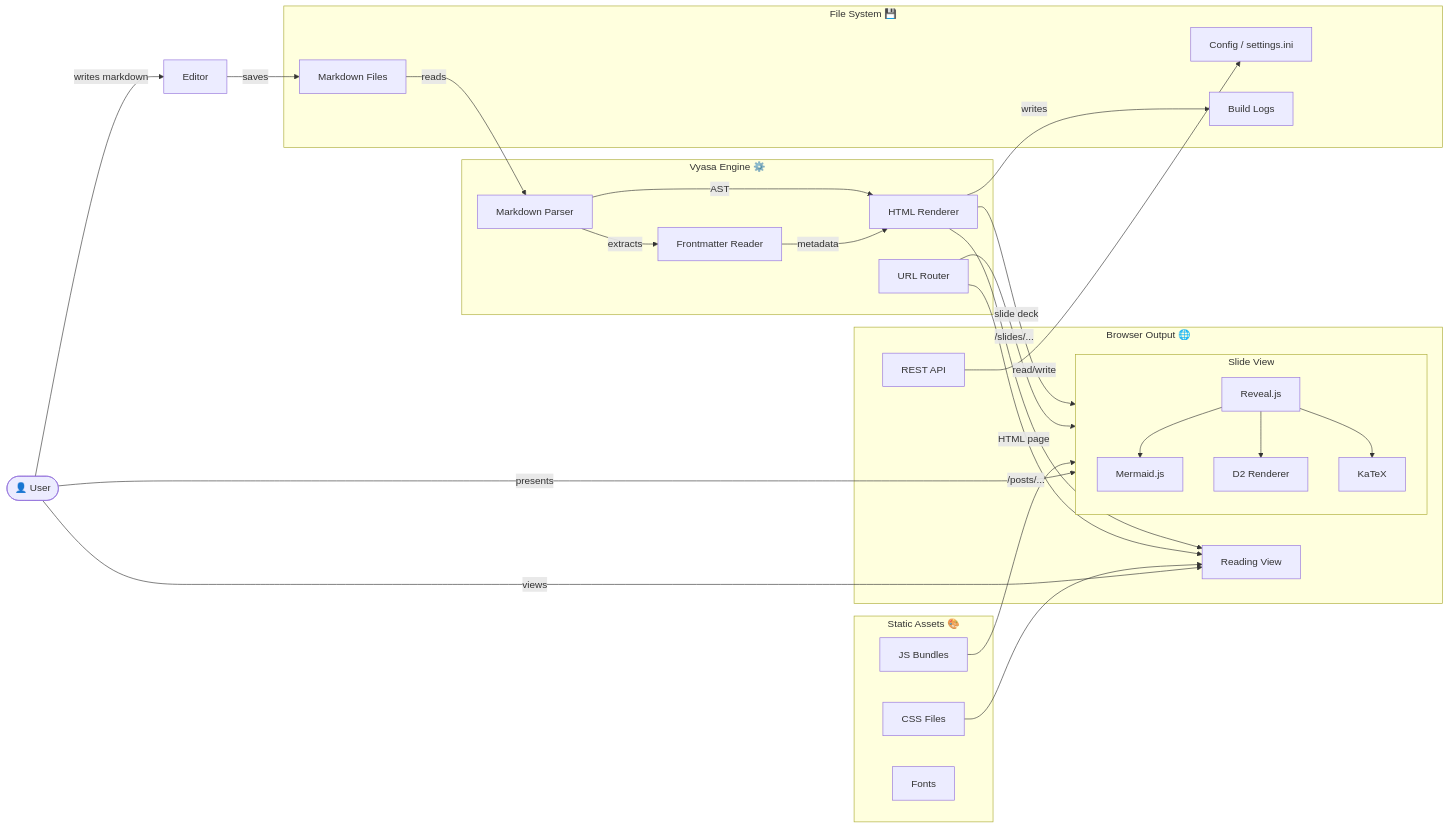
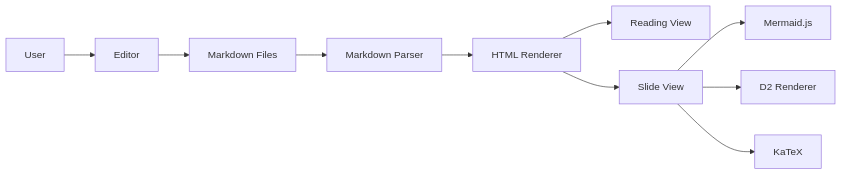
One commit to sizhky/vyasa changed the first of 2 diagrams in demo/reveal-slides.md. Above: the diagram before and after it, drawn with Mermaid. The commit also changed 3 other files, not shown here.

Commit message:
Enhance Reveal.js integration with improved Mermaid and D2 diagram handling, including diagnostics and layout adjustments

````diff
--- a/demo/reveal-slides.md
+++ b/demo/reveal-slides.md
@@ -143,55 +143,12 @@
 ```mermaid
 flowchart LR
-  User(["👤 User"])
-  Editor["Editor"]
-
-  subgraph FS["File System 💾"]
-    MD["Markdown Files"]
-    CFG["Config / settings.ini"]
-    LOGS["Build Logs"]
-  end
-
-  subgraph VYASA["Vyasa Engine ⚙️"]
-    PARSER["Markdown Parser"]
-    FM["Frontmatter Reader"]
-    RENDER["HTML Renderer"]
-    ROUTER["URL Router"]
-  end
-
-  subgraph ASSETS["Static Assets 🎨"]
-    CSS["CSS Files"]
-    JS["JS Bundles"]
-    FONTS["Fonts"]
-  end
-
-  subgraph OUT["Browser Output 🌐"]
-    READ["Reading View"]
-    API["REST API"]
-    subgraph SLIDES["Slide View"]
-      REVEAL["Reveal.js"]
-      MERMAID["Mermaid.js"]
-      D2["D2 Renderer"]
-      MATH["KaTeX"]
-    end
-  end
-
-  User -->|writes markdown| Editor
-  Editor -->|saves| MD
-  MD -->|reads| PARSER
-  PARSER -->|extracts| FM
-  PARSER -->|AST| RENDER
-  FM -->|metadata| RENDER
-  RENDER -->|HTML page| READ
-  RENDER -->|slide deck| SLIDES
-  RENDER -->|writes| LOGS
-  ROUTER -->|/posts/...| READ
-  ROUTER -->|/slides/...| SLIDES
-  CSS --> READ
-  JS --> SLIDES
-  REVEAL --> MERMAID
-  REVEAL --> D2
-  REVEAL --> MATH
-  API -->|read/write| CFG
-  User -->|views| READ
-  User -->|presents| SLIDES
+  user["User"] --> editor["Editor"]
+  editor --> md["Markdown Files"]
+  md --> parser["Markdown Parser"]
+  parser --> renderer["HTML Renderer"]
+  renderer --> read["Reading View"]
+  renderer --> slide["Slide View"]
+  slide --> mermaid["Mermaid.js"]
+  slide --> d2["D2 Renderer"]
+  slide --> math["KaTeX"]
 ```
````
